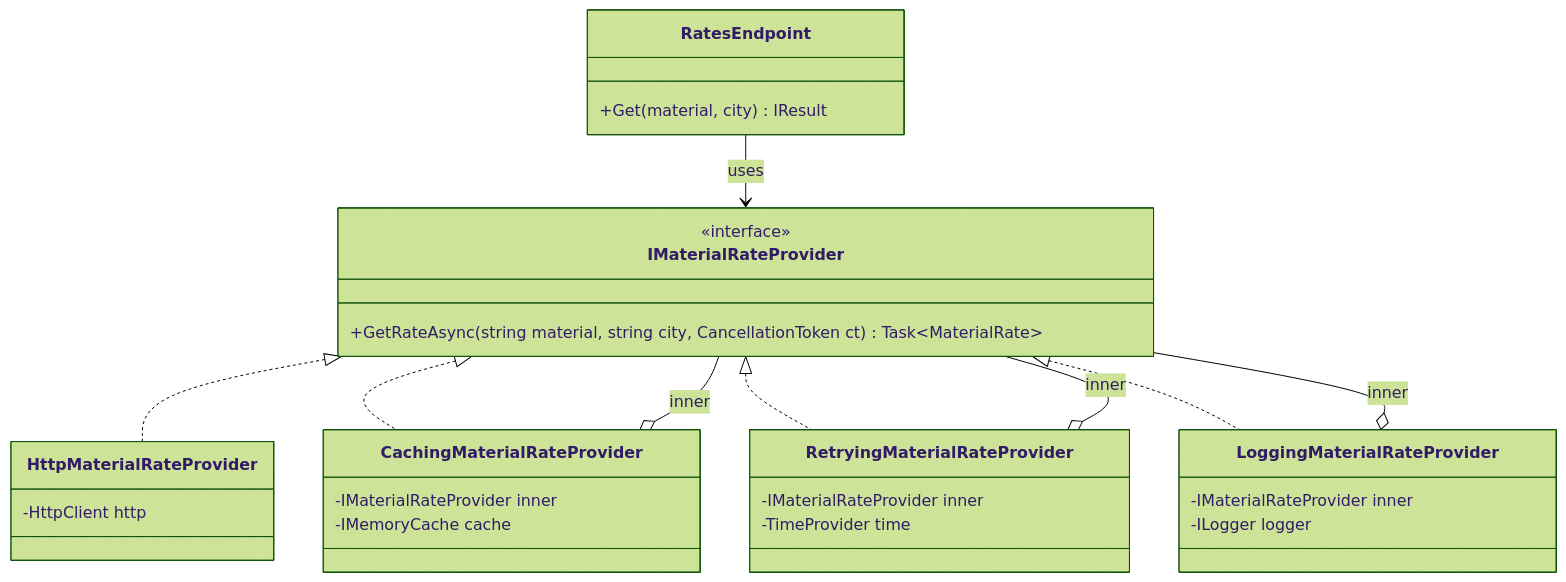
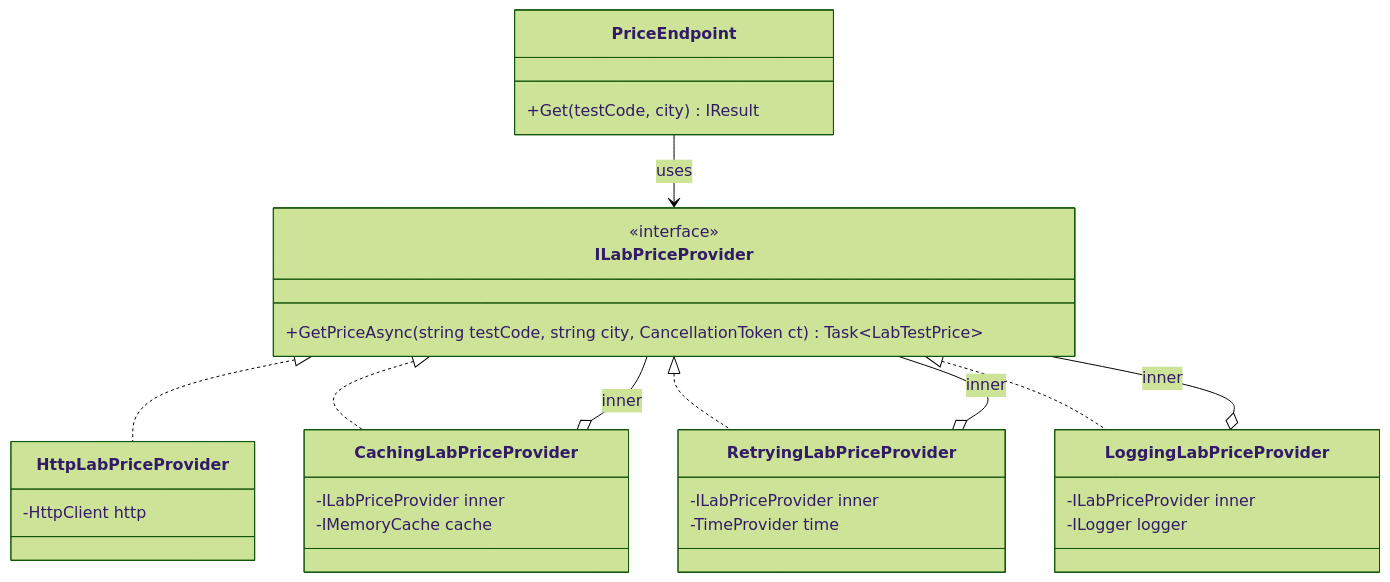
Before and after one commit to rizwi0786/system-design-lab: the first of 2 diagrams in content/lessons/m06/m06-decorator.md, drawn with Mermaid (forest theme). The commit also changed other lines of this file and 334 other files, not shown here.

````diff
--- a/content/lessons/m06/m06-decorator.md
+++ b/content/lessons/m06/m06-decorator.md
@@ -168,33 +173,33 @@
 ```mermaid
 classDiagram
-    class IMaterialRateProvider {
+    class ILabPriceProvider {
         <<interface>>
-        +GetRateAsync(string material, string city, CancellationToken ct) Task~MaterialRate~
+        +GetPriceAsync(string testCode, string city, CancellationToken ct) Task~LabTestPrice~
     }
-    class HttpMaterialRateProvider {
+    class HttpLabPriceProvider {
         -HttpClient http
     }
-    class CachingMaterialRateProvider {
-        -IMaterialRateProvider inner
+    class CachingLabPriceProvider {
+        -ILabPriceProvider inner
         -IMemoryCache cache
     }
-    class RetryingMaterialRateProvider {
-        -IMaterialRateProvider inner
+    class RetryingLabPriceProvider {
+        -ILabPriceProvider inner
         -TimeProvider time
     }
-    class LoggingMaterialRateProvider {
-        -IMaterialRateProvider inner
+    class LoggingLabPriceProvider {
+        -ILabPriceProvider inner
         -ILogger logger
     }
-    class RatesEndpoint {
-        +Get(material, city) IResult
+    class PriceEndpoint {
+        +Get(testCode, city) IResult
     }
-    IMaterialRateProvider <|.. HttpMaterialRateProvider
-    IMaterialRateProvider <|.. CachingMaterialRateProvider
-    IMaterialRateProvider <|.. RetryingMaterialRateProvider
-    IMaterialRateProvider <|.. LoggingMaterialRateProvider
-    CachingMaterialRateProvider o-- IMaterialRateProvider : inner
-    RetryingMaterialRateProvider o-- IMaterialRateProvider : inner
-    LoggingMaterialRateProvider o-- IMaterialRateProvider : inner
-    RatesEndpoint --> IMaterialRateProvider : uses
+    ILabPriceProvider <|.. HttpLabPriceProvider
+    ILabPriceProvider <|.. CachingLabPriceProvider
+    ILabPriceProvider <|.. RetryingLabPriceProvider
+    ILabPriceProvider <|.. LoggingLabPriceProvider
+    CachingLabPriceProvider o-- ILabPriceProvider : inner
+    RetryingLabPriceProvider o-- ILabPriceProvider : inner
+    LoggingLabPriceProvider o-- ILabPriceProvider : inner
+    PriceEndpoint --> ILabPriceProvider : uses
 ```
````
